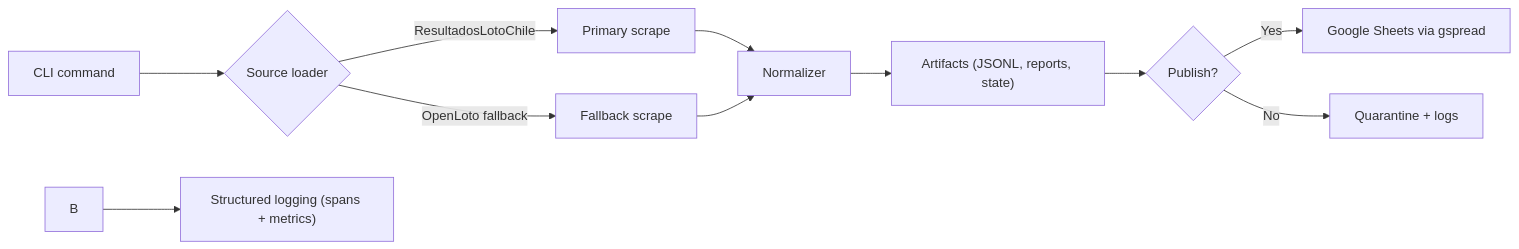
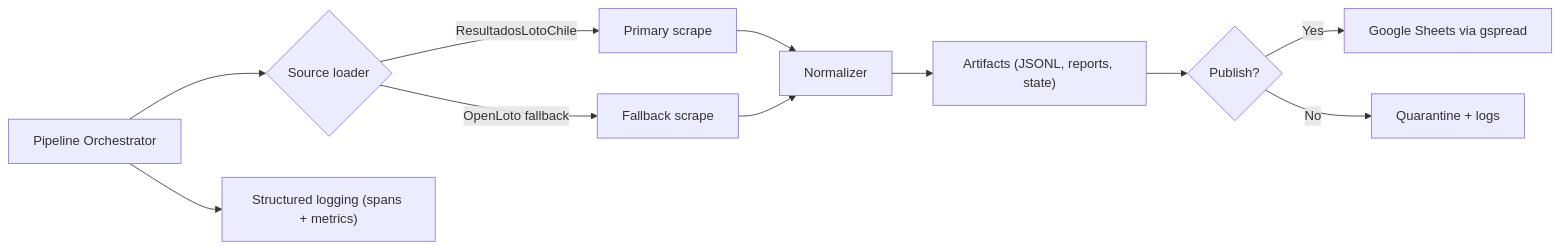
One commit to cortega26/polla changed the diagram in README.md. Above: the diagram before and after it, drawn with Mermaid.

````diff
--- a/README.md
+++ b/README.md
@@ -28,13 +28,14 @@
 ```mermaid
 flowchart LR
-  A[CLI command] --> C{Source loader}
+  B[Pipeline Orchestrator]
+  B --> C{Source loader}
   C -->|ResultadosLotoChile| D[Primary scrape]
   C -->|OpenLoto fallback| E[Fallback scrape]
   D --> F[Normalizer]
   E --> F[Normalizer]
   F --> G["Artifacts (JSONL, reports, state)"]
   G --> H{Publish?}
   H -->|Yes| I[Google Sheets via gspread]
   H -->|No| J[Quarantine + logs]
   B --> K["Structured logging (spans + metrics)"]
 ```
````
